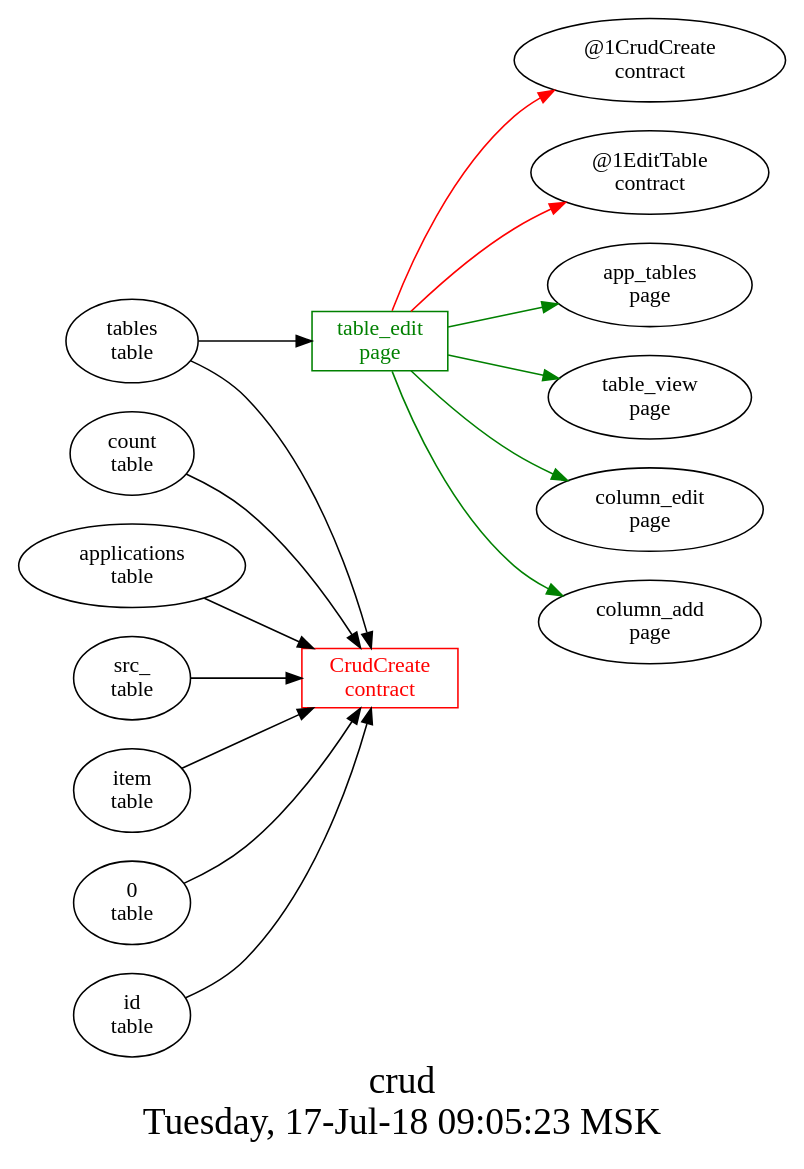
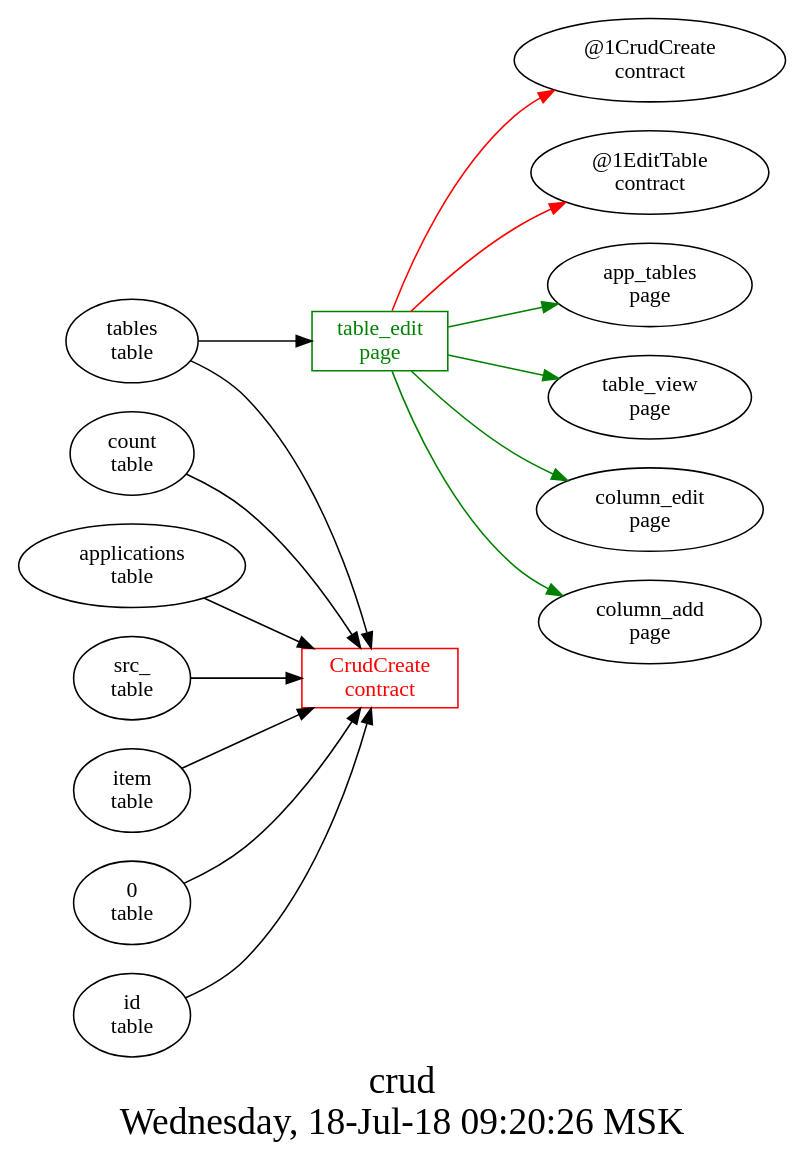
One commit to AplaProject/apps changed the diagram in src/crud/struct.dot. Above: the diagram before and after it, drawn with Graphviz. The commit also changed 1 other file, not shown here.

```diff
--- a/src/crud/struct.dot
+++ b/src/crud/struct.dot
@@ -1,26 +1,26 @@
 digraph G {
 graph [
   fontsize="24";
-  label="crud\nTuesday, 17-Jul-18 09:05:23 MSK";
+  label="crud\nWednesday, 18-Jul-18 09:20:26 MSK";
   nojustify=true;
   ordering=out;
   rankdir=LR;
   size="30";
 ];
 "table_edit\npage" -> "@1CrudCreate\ncontract"  [ color=red ]
 "table_edit\npage" -> "@1EditTable\ncontract"  [ color=red ]
 "tables\ntable" -> "table_edit\npage"
 "table_edit\npage" -> "app_tables\npage"  [ color=green ]
 "table_edit\npage" -> "table_view\npage"  [ color=green ]
 "table_edit\npage" -> "column_edit\npage"  [ color=green ]
 "table_edit\npage" -> "column_add\npage"  [ color=green ]
 "table_edit\npage" [color=green, fontcolor=green, group=pages, shape=record];
 "count\ntable" -> "CrudCreate\ncontract"
 "applications\ntable" -> "CrudCreate\ncontract"
 "src_\ntable" -> "CrudCreate\ncontract"
 "item\ntable" -> "CrudCreate\ncontract"
 "0\ntable" -> "CrudCreate\ncontract"
 "id\ntable" -> "CrudCreate\ncontract"
 "tables\ntable" -> "CrudCreate\ncontract"
 "CrudCreate\ncontract" [color=red, fontcolor=red, group=contracts, shape=record];
 }
```
